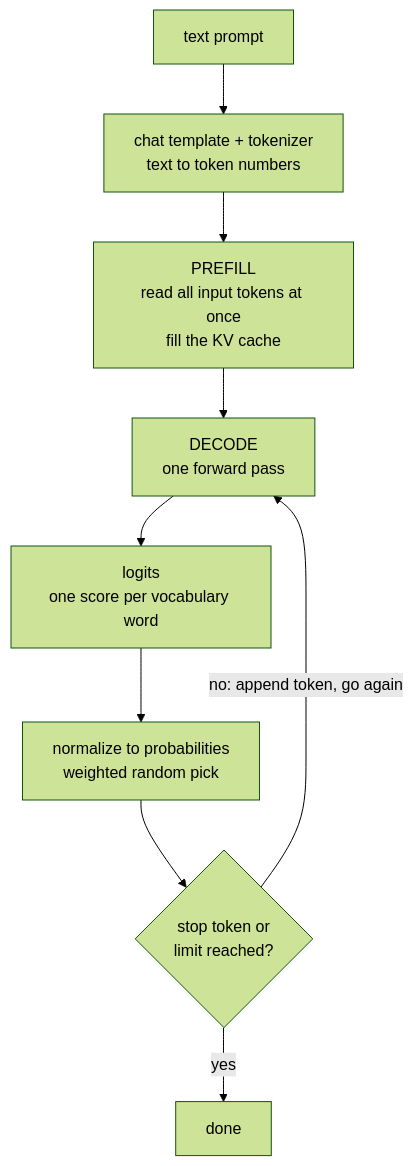
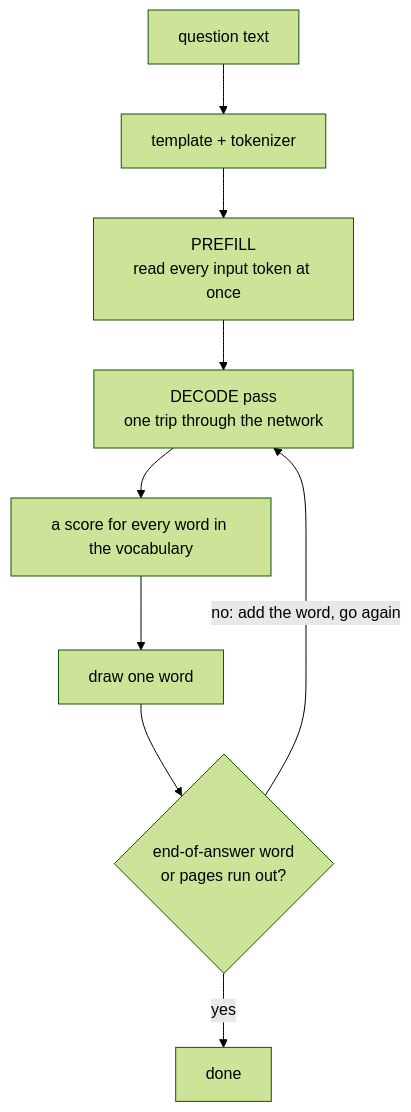
One commit to manojbaliyan16/edgeai-study-notes changed the tenth of 14 diagrams in book-notes/ch02-models.md. Above: the diagram before and after it, drawn with Mermaid (forest theme). The commit also changed other lines of this file and 1 other file, not shown here.

First line of the commit message:
ch02 section 2.2 and 2.2.1: rewrite with own exam-hall mental models, revision phrases, Mermaid only

````diff
--- a/book-notes/ch02-models.md
+++ b/book-notes/ch02-models.md
@@ -262,11 +281,11 @@
 ```mermaid
 flowchart TD
-  A["text prompt"] --> B["chat template + tokenizer<br/>text to token numbers"]
-  B --> C["PREFILL<br/>read all input tokens at once<br/>fill the KV cache"]
-  C --> D["DECODE<br/>one forward pass"]
-  D --> E["logits<br/>one score per vocabulary word"]
-  E --> F["normalize to probabilities<br/>weighted random pick"]
-  F --> G{"stop token or<br/>limit reached?"}
-  G -->|"no: append token, go again"| D
-  G -->|yes| H["done"]
+  A["question text"] --> B["template + tokenizer"]
+  B --> C["PREFILL<br/>read every input token at once"]
+  C --> D["DECODE pass<br/>one trip through the network"]
+  D --> E["a score for every word in the vocabulary"]
+  E --> F["draw one word"]
+  F --> G{"end-of-answer word<br/>or pages run out?"}
+  G -->|"no: add the word, go again"| D
+  G -->|"yes"| H["done"]
 ```
````
